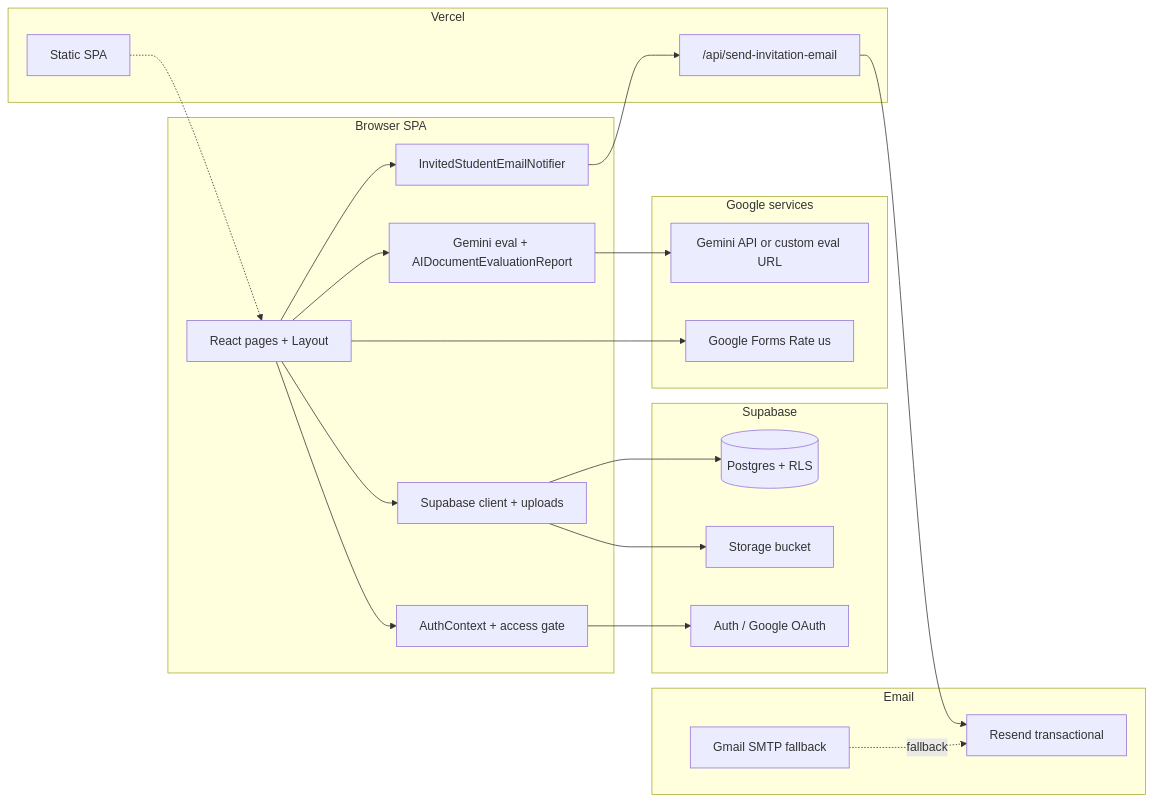
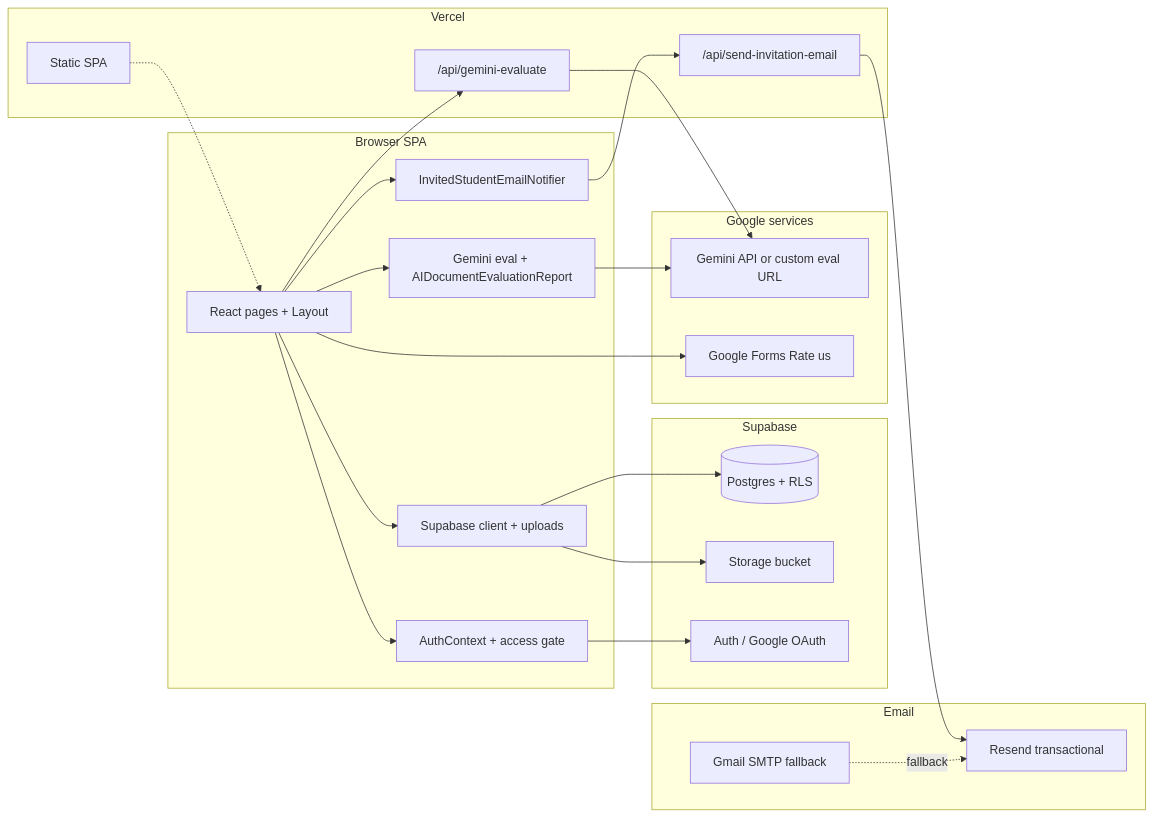
Before and after one commit to Brawler612/Smart_Document_Evaluator: the diagram in README.md, drawn with Mermaid. The commit also changed other lines of this file, not shown here.

````diff
--- a/README.md
+++ b/README.md
@@ -99,40 +112,43 @@
 ```mermaid
 flowchart LR
   subgraph client [Browser SPA]
     UI[React pages + Layout]
     Auth[AuthContext + access gate]
     Store[Supabase client + uploads]
     AI[Gemini eval + AIDocumentEvaluationReport]
     Notifier[InvitedStudentEmailNotifier]
   end
   subgraph vercel [Vercel]
     SPA[Static SPA]
     Fn["/api/send-invitation-email"]
+    Gn["/api/gemini-evaluate"]
   end
   subgraph supa [Supabase]
     PG[(Postgres + RLS)]
     ST[Storage bucket]
     SA[Auth / Google OAuth]
   end
   subgraph google [Google services]
     GEM[Gemini API or custom eval URL]
     FORM[Google Forms Rate us]
   end
   subgraph mail [Email]
     RS[Resend transactional]
     SMTP[Gmail SMTP fallback]
   end
   UI --> Auth
   UI --> Store
   UI --> AI
   UI --> Notifier
+  UI --> Gn
   Notifier --> Fn
   Fn --> RS
+  Gn --> GEM
   Auth --> SA
   Store --> PG
   Store --> ST
   AI --> GEM
   UI --> FORM
   SPA -.-> UI
   SMTP -.fallback.-> RS
 ```
````
